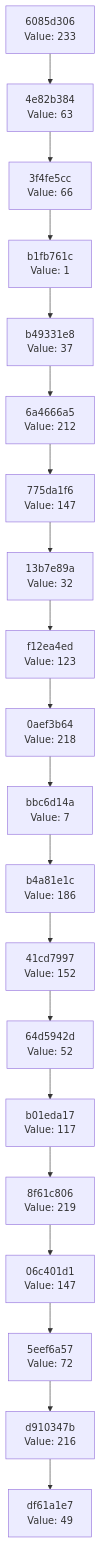
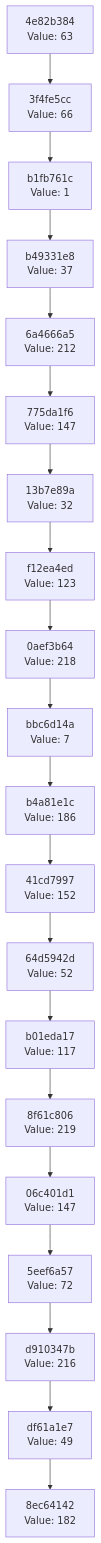
The diagram in docs/CHAIN_VISUALIZATION.md (Abhisheksinha1506/hash-chain-evolver), drawn with Mermaid before and after one commit. The commit also changed 3 other files, not shown here.

````diff
--- a/docs/CHAIN_VISUALIZATION.md
+++ b/docs/CHAIN_VISUALIZATION.md
@@ -3,42 +3,42 @@
 ```mermaid
 graph TD
-    C0["df61a1e7<br/>Value: 49"]
-    C1["d910347b<br/>Value: 216"]
+    C0["8ec64142<br/>Value: 182"]
+    C1["df61a1e7<br/>Value: 49"]
     C1 --> C0
-    C2["5eef6a57<br/>Value: 72"]
+    C2["d910347b<br/>Value: 216"]
     C2 --> C1
-    C3["06c401d1<br/>Value: 147"]
+    C3["5eef6a57<br/>Value: 72"]
     C3 --> C2
-    C4["8f61c806<br/>Value: 219"]
+    C4["06c401d1<br/>Value: 147"]
     C4 --> C3
-    C5["b01eda17<br/>Value: 117"]
+    C5["8f61c806<br/>Value: 219"]
     C5 --> C4
-    C6["64d5942d<br/>Value: 52"]
+    C6["b01eda17<br/>Value: 117"]
     C6 --> C5
-    C7["41cd7997<br/>Value: 152"]
+    C7["64d5942d<br/>Value: 52"]
     C7 --> C6
-    C8["b4a81e1c<br/>Value: 186"]
+    C8["41cd7997<br/>Value: 152"]
     C8 --> C7
-    C9["bbc6d14a<br/>Value: 7"]
+    C9["b4a81e1c<br/>Value: 186"]
     C9 --> C8
-    C10["0aef3b64<br/>Value: 218"]
+    C10["bbc6d14a<br/>Value: 7"]
     C10 --> C9
-    C11["f12ea4ed<br/>Value: 123"]
+    C11["0aef3b64<br/>Value: 218"]
     C11 --> C10
-    C12["13b7e89a<br/>Value: 32"]
+    C12["f12ea4ed<br/>Value: 123"]
     C12 --> C11
-    C13["775da1f6<br/>Value: 147"]
+    C13["13b7e89a<br/>Value: 32"]
     C13 --> C12
-    C14["6a4666a5<br/>Value: 212"]
+    C14["775da1f6<br/>Value: 147"]
     C14 --> C13
-    C15["b49331e8<br/>Value: 37"]
+    C15["6a4666a5<br/>Value: 212"]
     C15 --> C14
-    C16["b1fb761c<br/>Value: 1"]
+    C16["b49331e8<br/>Value: 37"]
     C16 --> C15
-    C17["3f4fe5cc<br/>Value: 66"]
+    C17["b1fb761c<br/>Value: 1"]
     C17 --> C16
-    C18["4e82b384<br/>Value: 63"]
+    C18["3f4fe5cc<br/>Value: 66"]
     C18 --> C17
-    C19["6085d306<br/>Value: 233"]
+    C19["4e82b384<br/>Value: 63"]
     C19 --> C18
 ```
````
